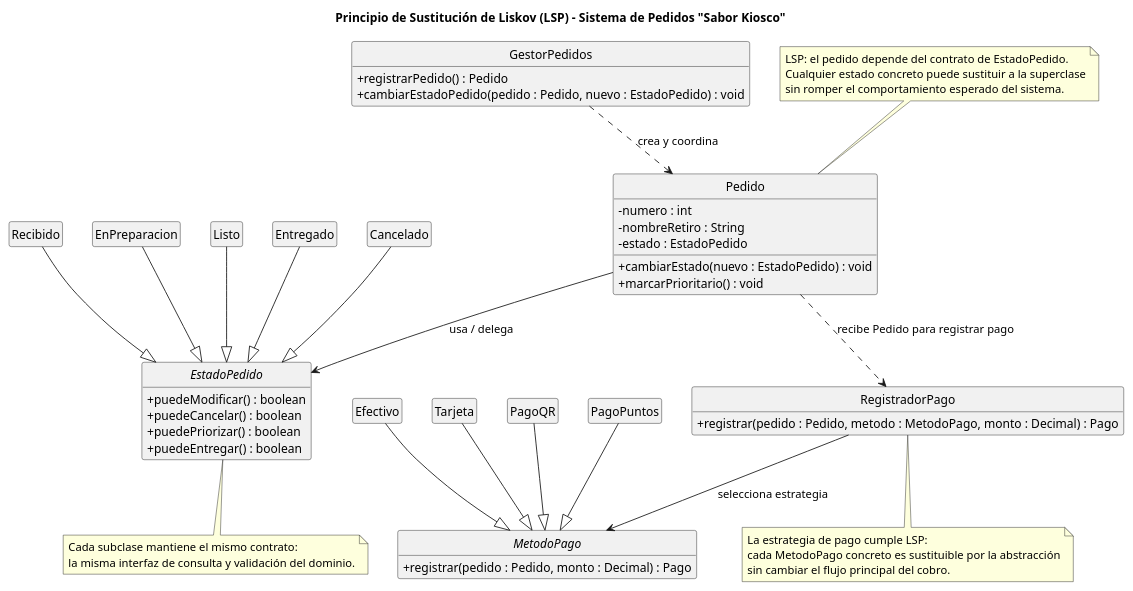
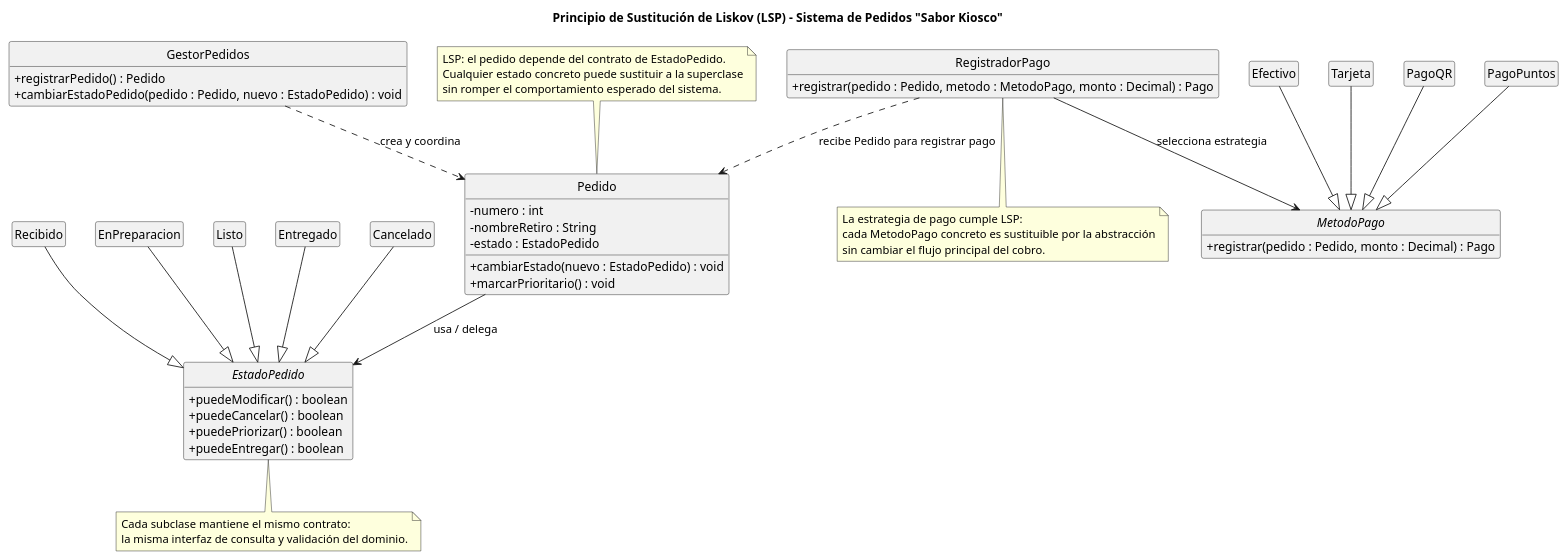
Before and after one commit to lucasmengarelli3/SistemaPedidos: the diagram in diagramas/01-diagrama-clases/01-solid-03-lsp.puml, drawn with PlantUML. The commit also changed 2 other files, not shown here.

```diff
--- a/diagramas/01-diagrama-clases/01-solid-03-lsp.puml
+++ b/diagramas/01-diagrama-clases/01-solid-03-lsp.puml
@@ -1,81 +1,81 @@
 @startuml
 skinparam shadowing false
 skinparam classAttributeIconSize 0
 hide empty members
 hide circle
 
 title Principio de Sustitución de Liskov (LSP) - Sistema de Pedidos "Sabor Kiosco"
 
 abstract class EstadoPedido {
   + puedeModificar() : boolean
   + puedeCancelar() : boolean
   + puedePriorizar() : boolean
   + puedeEntregar() : boolean
 }
 
 class Recibido
 class EnPreparacion
 class Listo
 class Entregado
 class Cancelado
 
 abstract class MetodoPago {
   + registrar(pedido : Pedido, monto : Decimal) : Pago
 }
 
 class Efectivo
 class Tarjeta
 class PagoQR
 class PagoPuntos
 
 class Pedido {
   - numero : int
   - nombreRetiro : String
   - estado : EstadoPedido
   + cambiarEstado(nuevo : EstadoPedido) : void
   + marcarPrioritario() : void
 }
 
 class RegistradorPago {
   + registrar(pedido : Pedido, metodo : MetodoPago, monto : Decimal) : Pago
 }
 
 class GestorPedidos {
   + registrarPedido() : Pedido
   + cambiarEstadoPedido(pedido : Pedido, nuevo : EstadoPedido) : void
 }
 
 Recibido --|> EstadoPedido
 EnPreparacion --|> EstadoPedido
 Listo --|> EstadoPedido
 Entregado --|> EstadoPedido
 Cancelado --|> EstadoPedido
 
 Efectivo --|> MetodoPago
 Tarjeta --|> MetodoPago
 PagoQR --|> MetodoPago
 PagoPuntos --|> MetodoPago
 
 Pedido --> EstadoPedido : usa / delega
-Pedido ..> RegistradorPago : recibe Pedido para registrar pago
+RegistradorPago  ..> Pedido : recibe Pedido para registrar pago
 RegistradorPago --> MetodoPago : selecciona estrategia
 GestorPedidos ..> Pedido : crea y coordina
 
 note top of Pedido
   LSP: el pedido depende del contrato de EstadoPedido.
   Cualquier estado concreto puede sustituir a la superclase
   sin romper el comportamiento esperado del sistema.
 end note
 
 note bottom of EstadoPedido
   Cada subclase mantiene el mismo contrato:
   la misma interfaz de consulta y validación del dominio.
 end note
 
 note bottom of RegistradorPago
   La estrategia de pago cumple LSP:
   cada MetodoPago concreto es sustituible por la abstracción
   sin cambiar el flujo principal del cobro.
 end note
 
 @enduml
```
